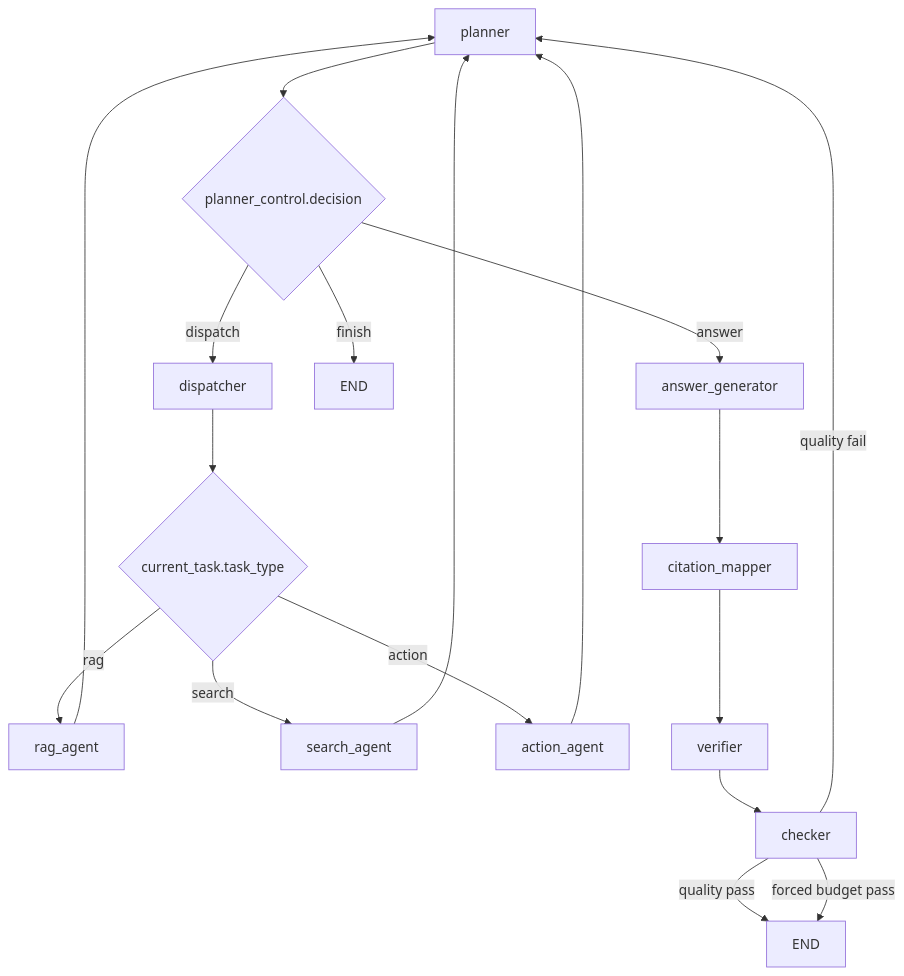
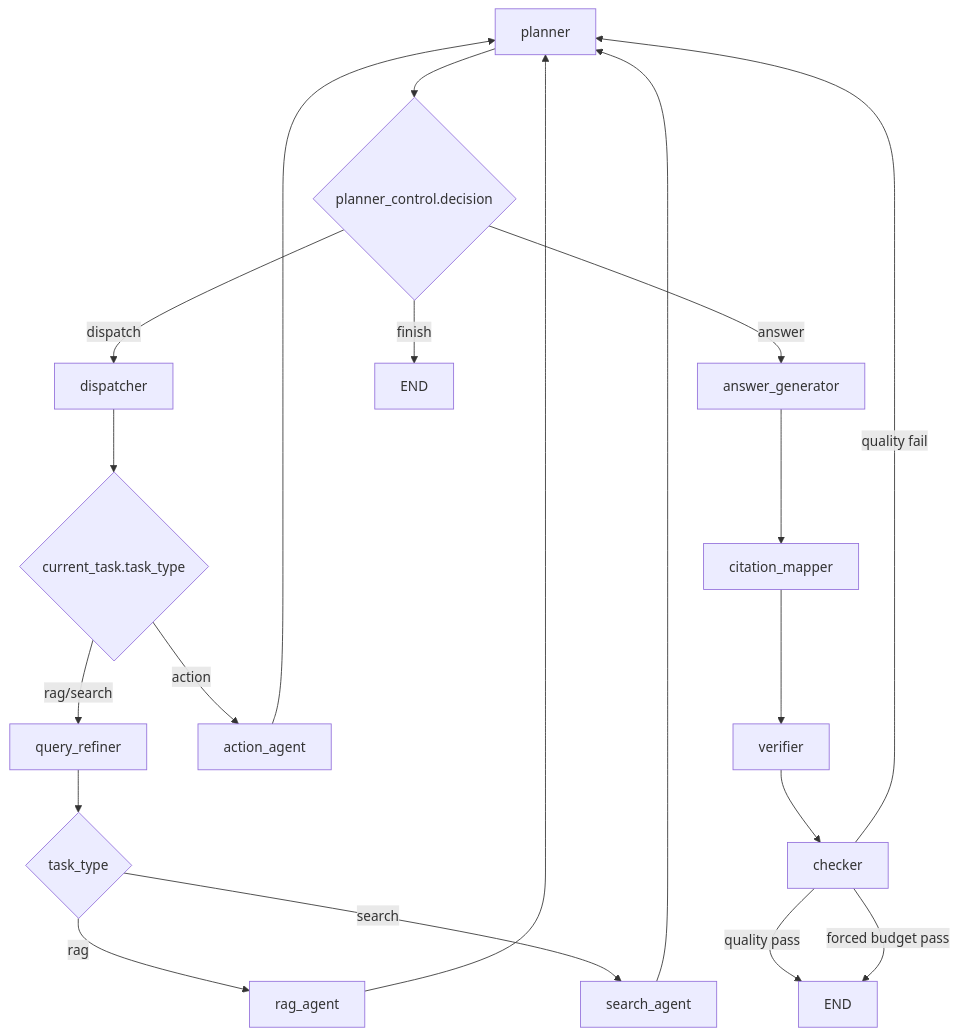
The first of 2 diagrams in docs/langgraph-workflow-visualization.md (Viottery/agentic-rag), drawn with Mermaid before and after one commit. The commit also changed other lines of this file and 10 other files, not shown here.

````diff
--- a/docs/langgraph-workflow-visualization.md
+++ b/docs/langgraph-workflow-visualization.md
@@ -23,23 +23,25 @@
 ```mermaid
 flowchart TD
     A[planner] --> B{planner_control.decision}
     B -->|dispatch| C[dispatcher]
     B -->|answer| G[answer_generator]
     B -->|finish| Z[END]
 
     C --> D{current_task.task_type}
-    D -->|rag| E[rag_agent]
-    D -->|search| F[search_agent]
+    D -->|rag/search| QR[query_refiner]
     D -->|action| H[action_agent]
+    QR --> E{task_type}
+    E -->|rag| F[rag_agent]
+    E -->|search| I[search_agent]
 
-    E --> A
     F --> A
+    I --> A
     H --> A
 
-    G --> I[citation_mapper]
-    I --> J[verifier]
-    J --> K[checker]
-    K -->|quality pass| L[END]
-    K -->|quality fail| A
-    K -->|forced budget pass| L
+    G --> J[citation_mapper]
+    J --> K[verifier]
+    K --> L[checker]
+    L -->|quality pass| M[END]
+    L -->|quality fail| A
+    L -->|forced budget pass| M
 ```
````
